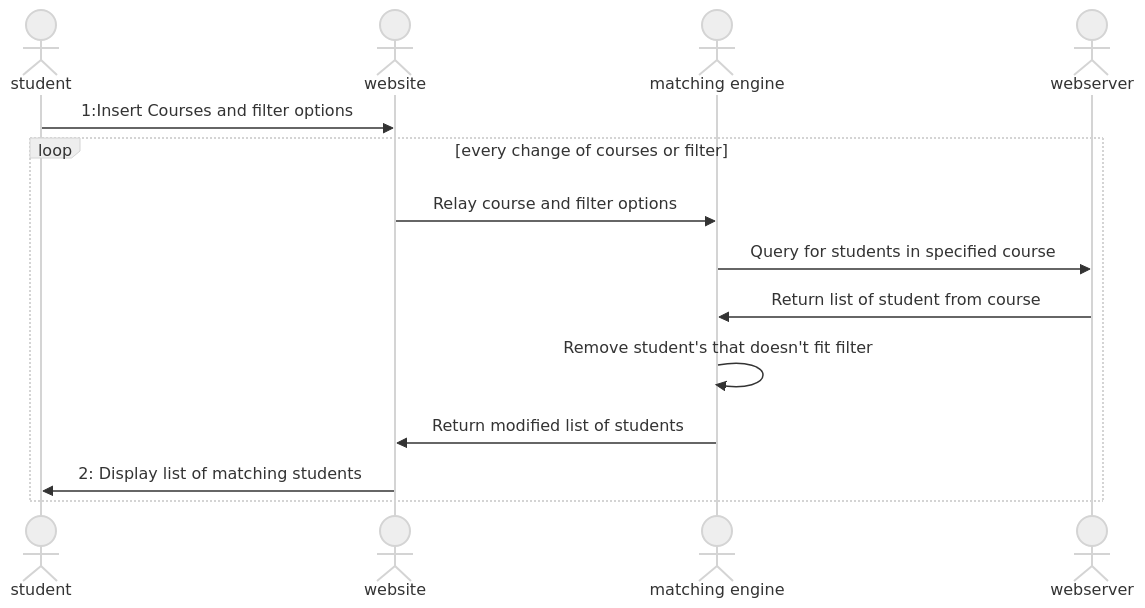
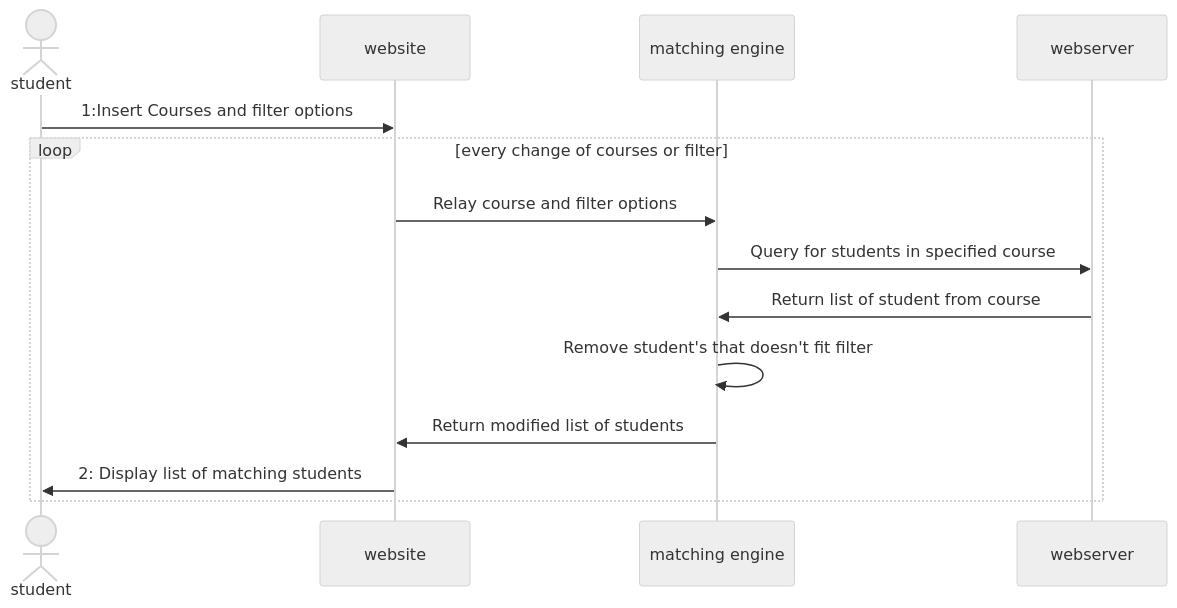
Before and after one commit to parsa-hj/cs4090-assignment2: the diagram in sequence-diagrams/Real-time matchmaking sequence diagram.mmd, drawn with Mermaid (neutral theme).

Commit message:
Fixed real-time matching diagram so that only student has the actor symbol

```diff
--- a/sequence-diagrams/Real-time matchmaking sequence diagram.mmd
+++ b/sequence-diagrams/Real-time matchmaking sequence diagram.mmd
@@ -1,16 +1,16 @@
 sequenceDiagram
         actor S as student
-        actor W as website
-        actor ME as matching engine
-        actor WS as webserver
+        participant W as website
+        participant ME as matching engine
+        participant WS as webserver
 
         S->>W:1:Insert Courses and filter options
 
         loop every change of courses or filter
             W->>ME:Relay course and filter options
             ME->>WS:Query for students in specified course
             WS->>ME:Return list of student from course
             ME->>ME:Remove student's that doesn't fit filter
             ME->>W:Return modified list of students
             W->>S:2: Display list of matching students
         end
```
